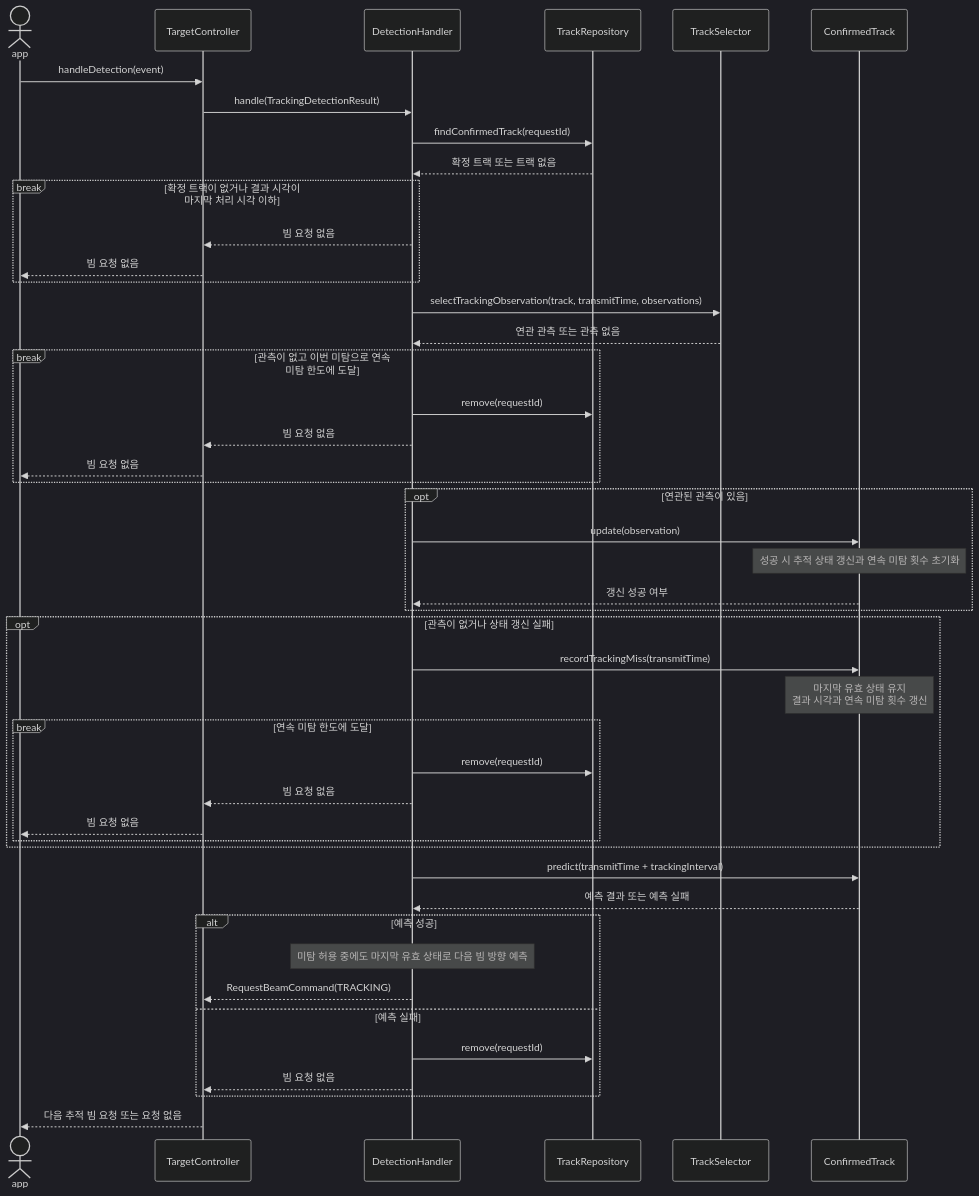
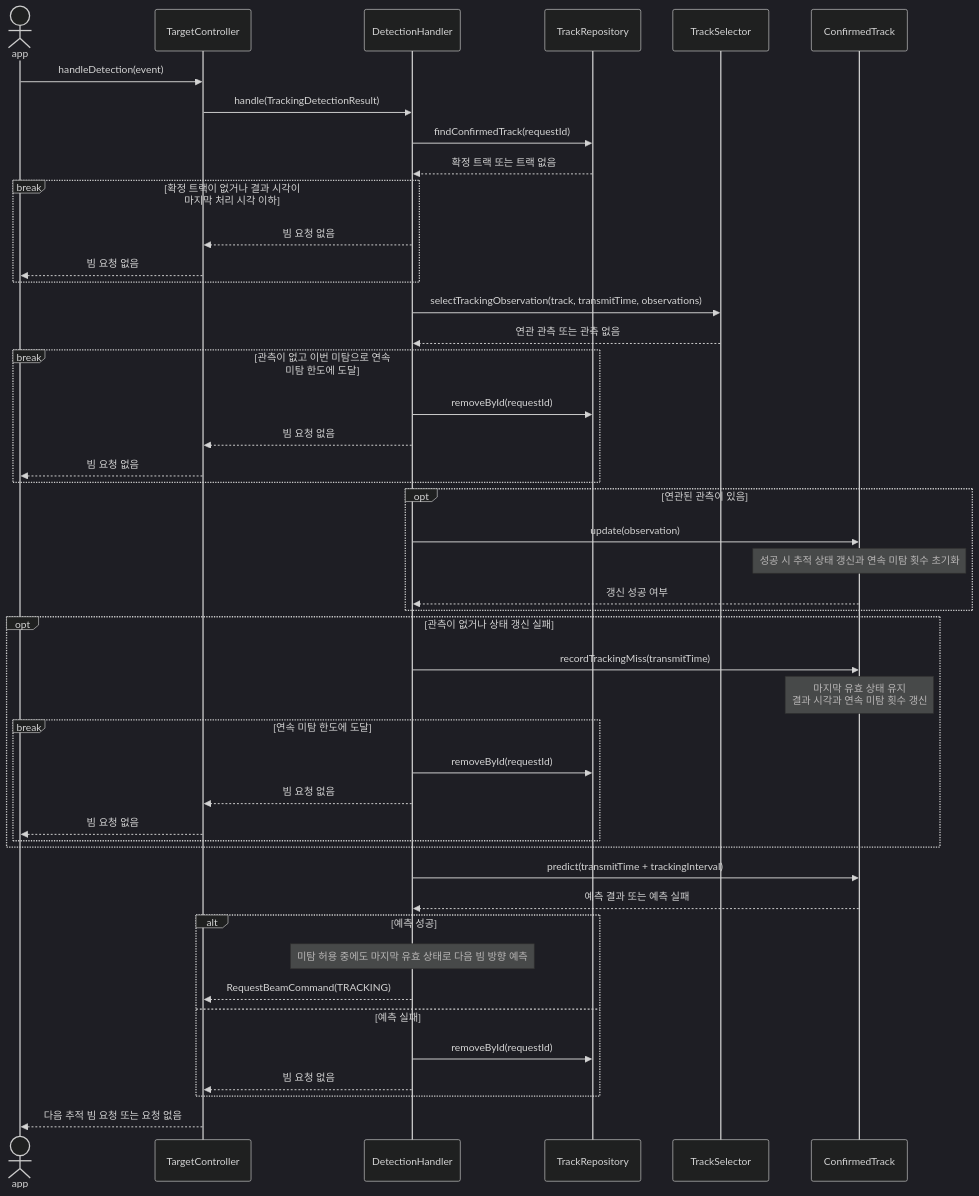
One commit to AESAlien/aesa-processor changed the sixth of 8 diagrams in src/target/README.md. Above: the diagram before and after it, drawn with Mermaid (dark theme). The commit also changed other lines of this file and 10 other files, not shown here.

````diff
--- a/src/target/README.md
+++ b/src/target/README.md
@@ -215,52 +215,52 @@
 ```mermaid
 sequenceDiagram
     actor app
     participant TargetController
     participant DetectionHandler
     participant TrackRepository
     participant TrackSelector
     participant ConfirmedTrack
 
     app->>TargetController: handleDetection(event)
     TargetController->>DetectionHandler: handle(TrackingDetectionResult)
     DetectionHandler->>TrackRepository: findConfirmedTrack(requestId)
     TrackRepository-->>DetectionHandler: 확정 트랙 또는 트랙 없음
     break 확정 트랙이 없거나 결과 시각이 마지막 처리 시각 이하
         DetectionHandler-->>TargetController: 빔 요청 없음
         TargetController-->>app: 빔 요청 없음
     end
 
     DetectionHandler->>TrackSelector: selectTrackingObservation(track, transmitTime, observations)
     TrackSelector-->>DetectionHandler: 연관 관측 또는 관측 없음
     break 관측이 없고 이번 미탐으로 연속 미탐 한도에 도달
-        DetectionHandler->>TrackRepository: remove(requestId)
+        DetectionHandler->>TrackRepository: removeById(requestId)
         DetectionHandler-->>TargetController: 빔 요청 없음
         TargetController-->>app: 빔 요청 없음
     end
 
     opt 연관된 관측이 있음
         DetectionHandler->>ConfirmedTrack: update(observation)
         Note over ConfirmedTrack: 성공 시 추적 상태 갱신과 연속 미탐 횟수 초기화
         ConfirmedTrack-->>DetectionHandler: 갱신 성공 여부
     end
     opt 관측이 없거나 상태 갱신 실패
         DetectionHandler->>ConfirmedTrack: recordTrackingMiss(transmitTime)
         Note over ConfirmedTrack: 마지막 유효 상태 유지<br/>결과 시각과 연속 미탐 횟수 갱신
         break 연속 미탐 한도에 도달
-            DetectionHandler->>TrackRepository: remove(requestId)
+            DetectionHandler->>TrackRepository: removeById(requestId)
             DetectionHandler-->>TargetController: 빔 요청 없음
             TargetController-->>app: 빔 요청 없음
         end
     end
 
     DetectionHandler->>ConfirmedTrack: predict(transmitTime + trackingInterval)
     ConfirmedTrack-->>DetectionHandler: 예측 결과 또는 예측 실패
     alt 예측 성공
         Note over DetectionHandler: 미탐 허용 중에도 마지막 유효 상태로 다음 빔 방향 예측
         DetectionHandler-->>TargetController: RequestBeamCommand(TRACKING)
     else 예측 실패
-        DetectionHandler->>TrackRepository: remove(requestId)
+        DetectionHandler->>TrackRepository: removeById(requestId)
         DetectionHandler-->>TargetController: 빔 요청 없음
     end
     TargetController-->>app: 다음 추적 빔 요청 또는 요청 없음
 ```
````
